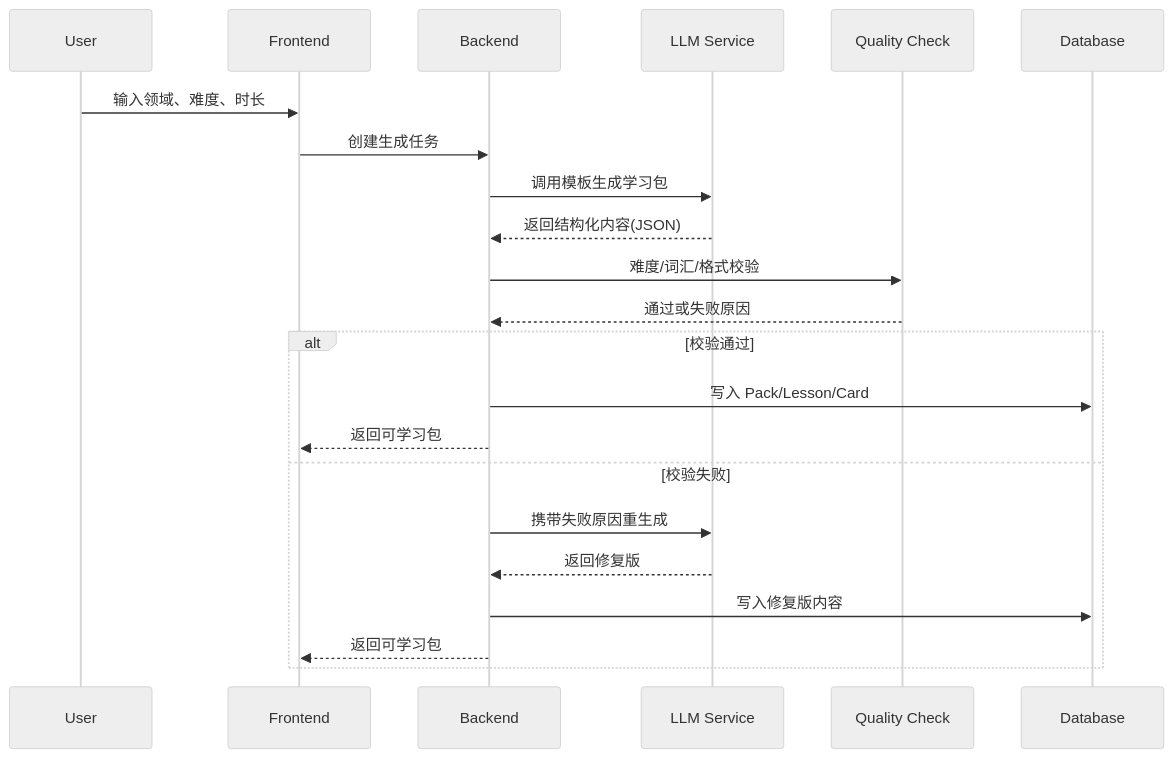
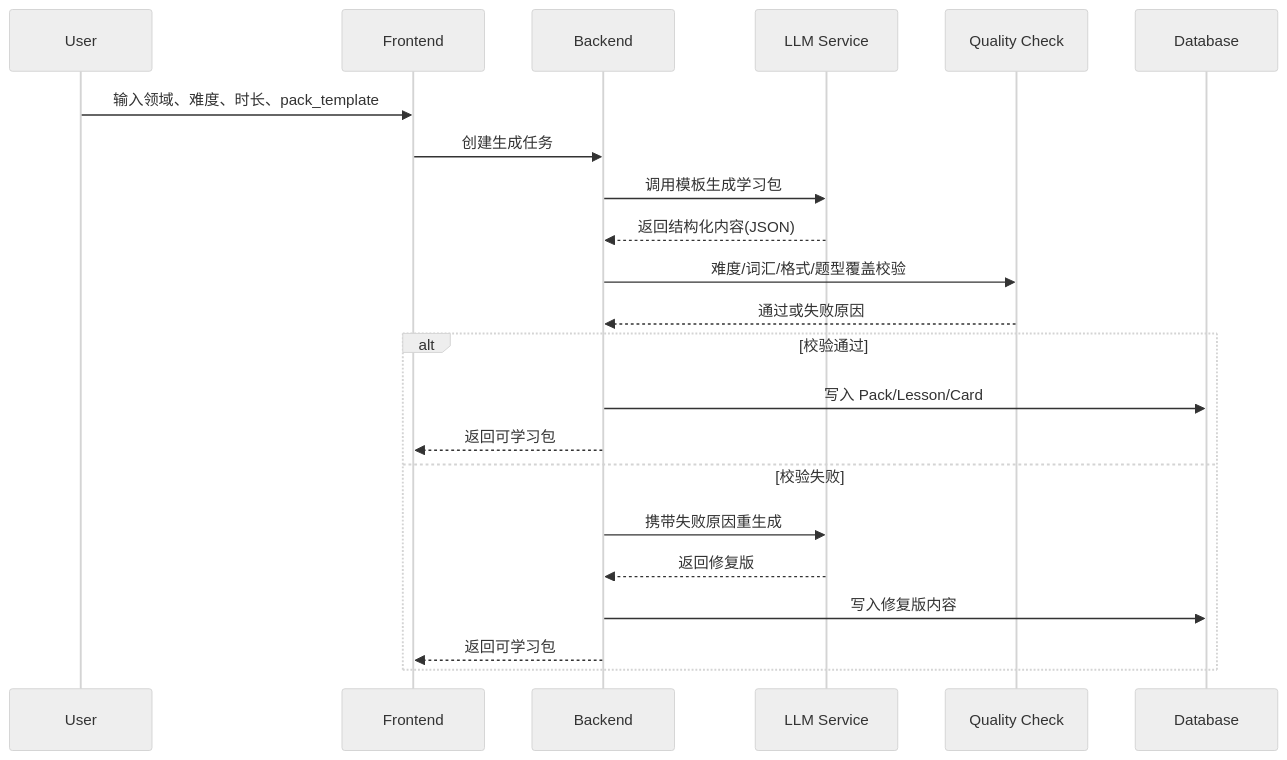
The fourth of 7 diagrams in doc/02-ia-and-key-flows.md (KaniuBillows/english-anywhere-lab), drawn with Mermaid (neutral theme) before and after one commit. The commit also changed other lines of this file and 15 other files, not shown here.

````diff
--- a/doc/02-ia-and-key-flows.md
+++ b/doc/02-ia-and-key-flows.md
@@ -79,25 +80,25 @@
 ```mermaid
 sequenceDiagram
     participant U as User
     participant FE as Frontend
     participant BE as Backend
     participant AI as LLM Service
     participant QC as Quality Check
     participant DB as Database
 
-    U->>FE: 输入领域、难度、时长
+    U->>FE: 输入领域、难度、时长、pack_template
     FE->>BE: 创建生成任务
     BE->>AI: 调用模板生成学习包
     AI-->>BE: 返回结构化内容(JSON)
-    BE->>QC: 难度/词汇/格式校验
+    BE->>QC: 难度/词汇/格式/题型覆盖校验
     QC-->>BE: 通过或失败原因
     alt 校验通过
         BE->>DB: 写入 Pack/Lesson/Card
         BE-->>FE: 返回可学习包
     else 校验失败
         BE->>AI: 携带失败原因重生成
         AI-->>BE: 返回修复版
         BE->>DB: 写入修复版内容
         BE-->>FE: 返回可学习包
     end
 ```
````
